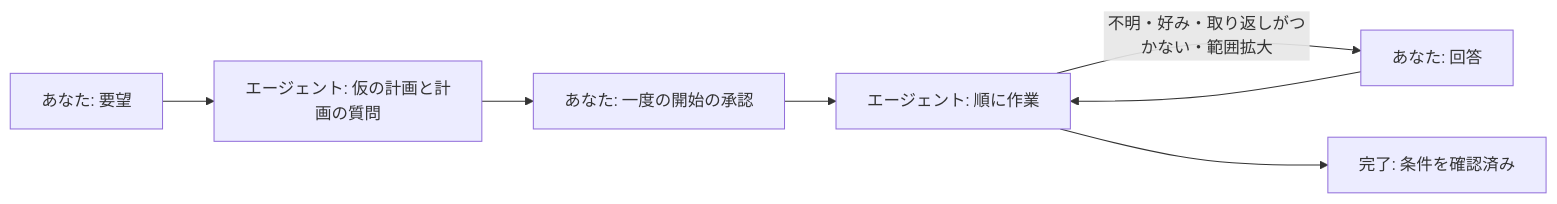
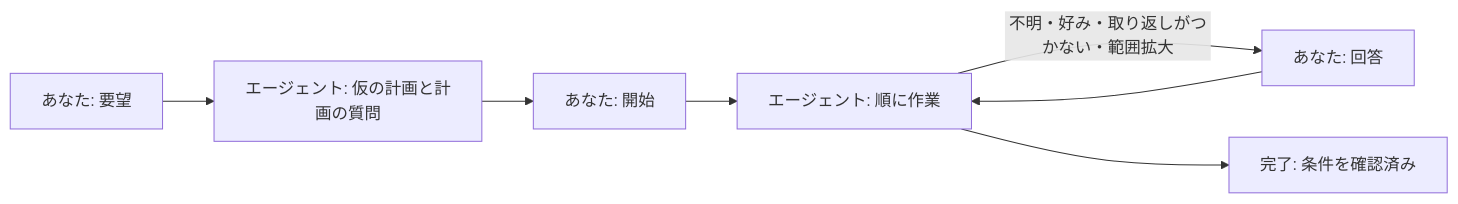
Before and after one commit to FooQoo/agent-board: the diagram in docs/ja/guide/index.md, drawn with Mermaid. The commit also changed other lines of this file and 52 other files, not shown here.

````diff
--- a/docs/ja/guide/index.md
+++ b/docs/ja/guide/index.md
@@ -45,9 +45,9 @@
 ```mermaid
 flowchart LR
     R["あなた: 要望"] --> P["エージェント: 仮の計画と計画の質問"]
-    P --> A["あなた: 一度の開始の承認"]
+    P --> A["あなた: 開始"]
     A --> W["エージェント: 順に作業"]
     W -- "不明・好み・取り返しがつかない・範囲拡大" --> Q["あなた: 回答"]
     Q --> W
     W --> D["完了: 条件を確認済み"]
 ```
````
